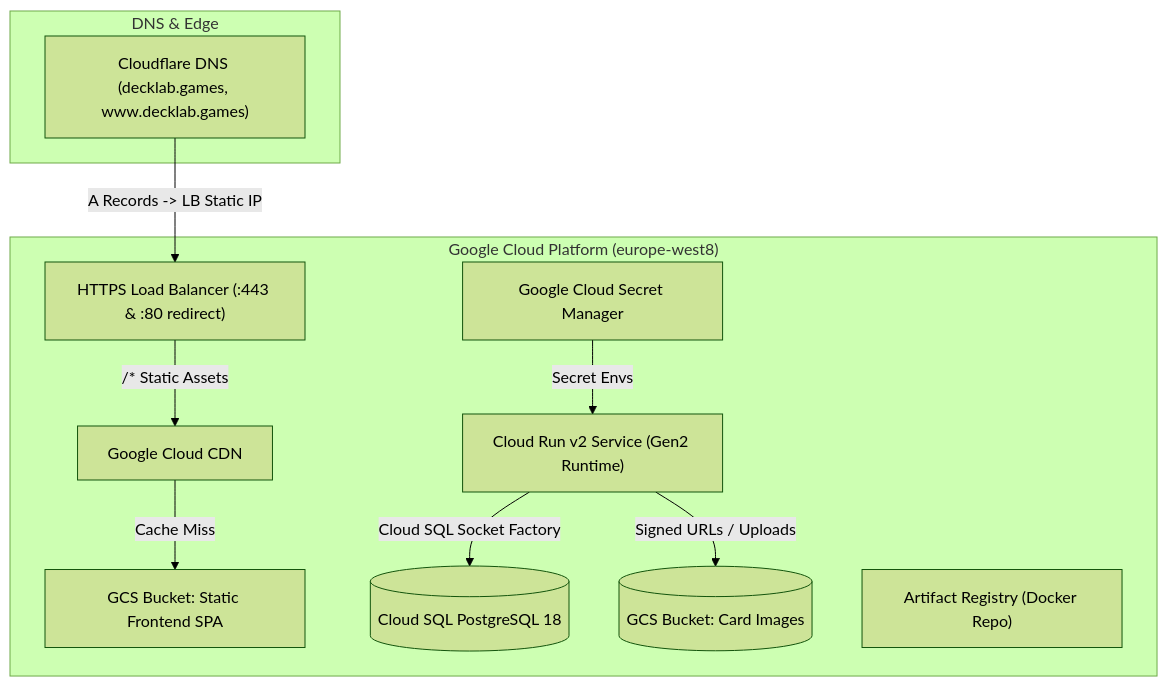
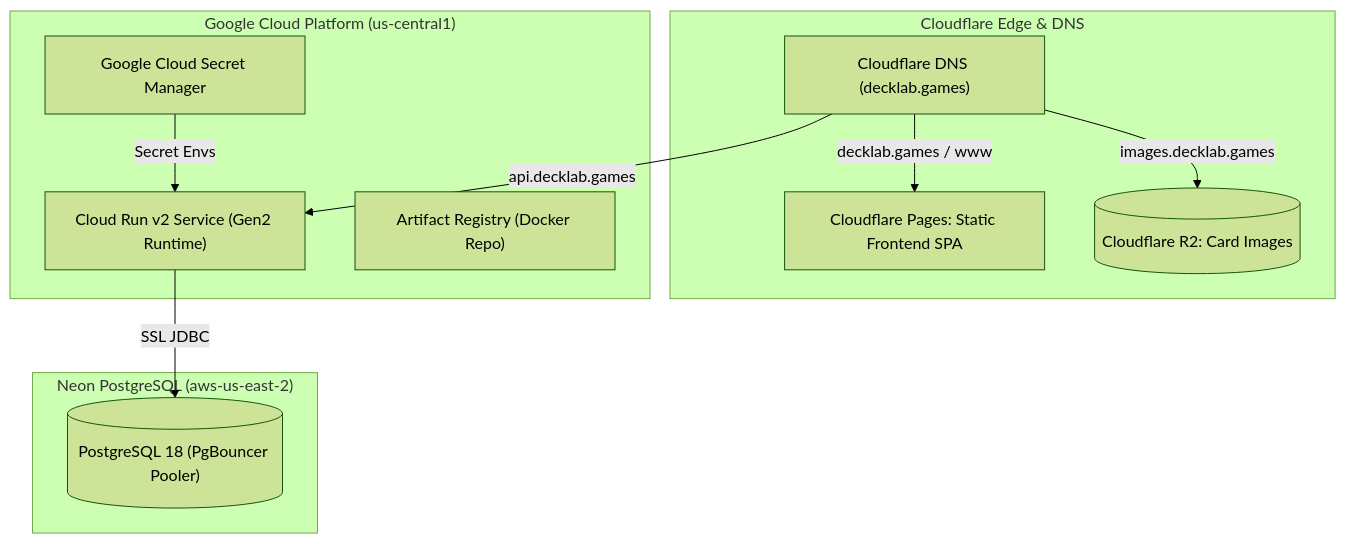
The diagram in infra/README.md (andrea-pugliatti/deck-lab), drawn with Mermaid (forest theme) before and after one commit. The commit also changed other lines of this file and 28 other files, not shown here.

Commit message:
Refactor infrastructure and update modules for Neon PostgreSQL integration, removed Cloud SQL references and replaced with Neon PostgreSQL setup in the database module, modified storage module to utilize Cloudflare R2 for image storage and updated related outputs

````diff
--- a/infra/README.md
+++ b/infra/README.md
@@ -9,24 +9,24 @@
 ```mermaid
 graph TD
-    subgraph Edge["DNS & Edge"]
-        CF["Cloudflare DNS (decklab.games, www.decklab.games)"]
+    subgraph Edge["Cloudflare Edge & DNS"]
+        CF_DNS["Cloudflare DNS (decklab.games)"]
+        CF_PAGES["Cloudflare Pages: Static Frontend SPA"]
+        CF_R2[("Cloudflare R2: Card Images")]
     end
 
-    subgraph GCP["Google Cloud Platform (europe-west8)"]
-        LB["HTTPS Load Balancer (:443 & :80 redirect)"]
-        CDN["Google Cloud CDN"]
-        GCS_FE["GCS Bucket: Static Frontend SPA"]
+    subgraph GCP["Google Cloud Platform (us-central1)"]
         CR["Cloud Run v2 Service (Gen2 Runtime)"]
-        CSQL[("Cloud SQL PostgreSQL 18")]
-        GCS_IMG[("GCS Bucket: Card Images")]
         SM["Google Cloud Secret Manager"]
         AR["Artifact Registry (Docker Repo)"]
     end
 
-    CF -->|A Records -> LB Static IP| LB
-    LB -->|/* Static Assets| CDN
-    CDN -->|Cache Miss| GCS_FE
-    CR -->|Cloud SQL Socket Factory| CSQL
-    CR -->|Signed URLs / Uploads| GCS_IMG
+    subgraph DB["Neon PostgreSQL (aws-us-east-2)"]
+        NEON[("PostgreSQL 18 (PgBouncer Pooler)")]
+    end
+
+    CF_DNS -->|decklab.games / www| CF_PAGES
+    CF_DNS -->|images.decklab.games| CF_R2
+    CF_DNS -->|api.decklab.games| CR
+    CR -->|SSL JDBC| NEON
     SM -->|Secret Envs| CR
 ```
````
